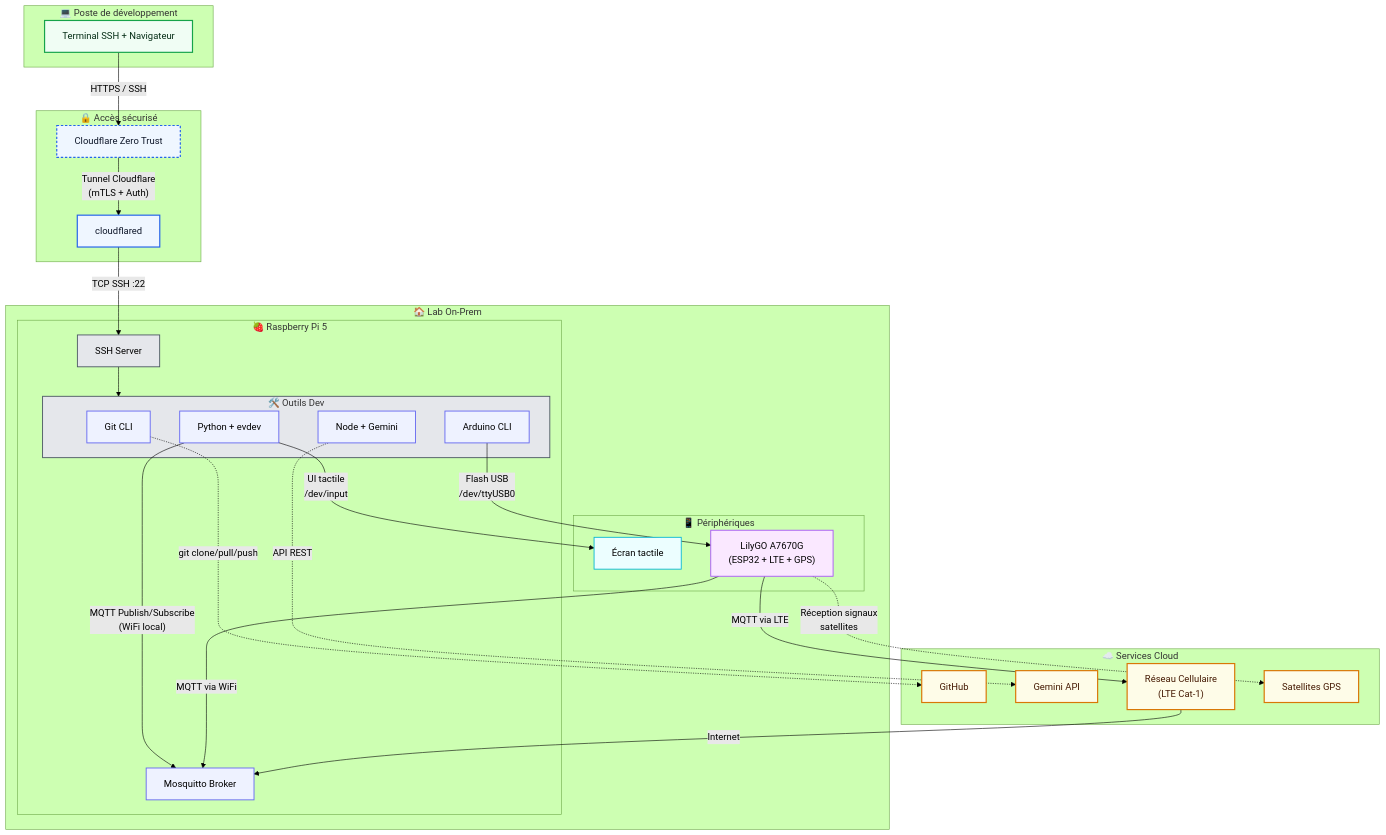
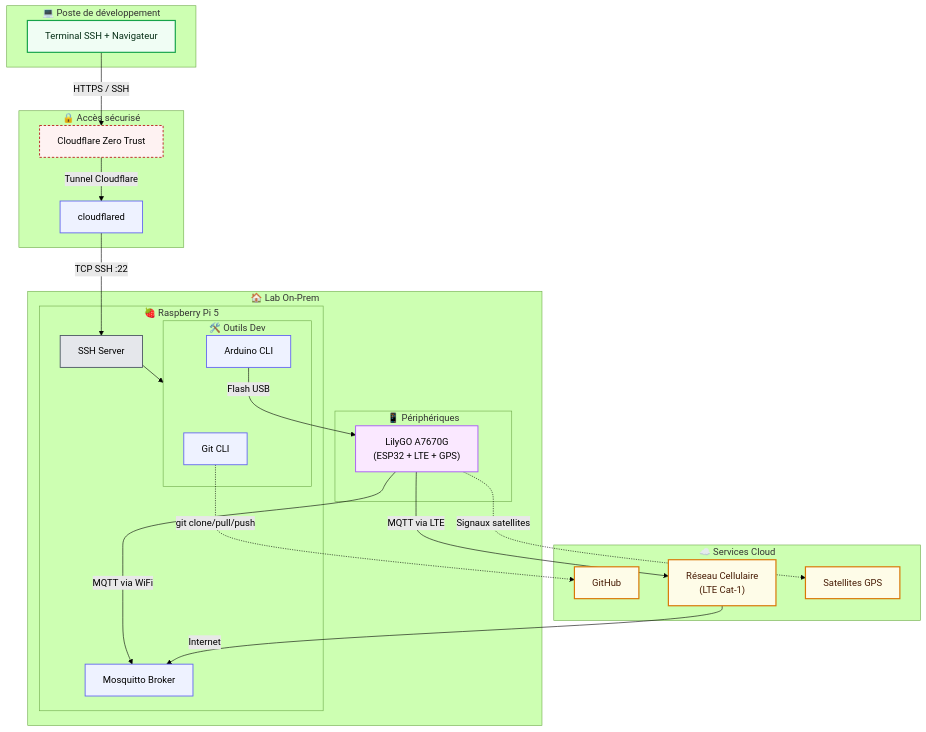
The diagram in labo2/Labo2-communication-sans-fil-MQTT-LTE.md (fpoisson2/243-4J5-LI), drawn with Mermaid (forest theme) before and after one commit. The commit also changed other lines of this file and 4 other files, not shown here.

````diff
--- a/labo2/Labo2-communication-sans-fil-MQTT-LTE.md
+++ b/labo2/Labo2-communication-sans-fil-MQTT-LTE.md
@@ -39,14 +39,11 @@
 
             subgraph Dev_Stack ["🛠️ Outils Dev"]
                 Git_CLI["Git CLI"]:::componentService
-                Node_Gemini["Node + Gemini"]:::componentService
-                Python_Env["Python + evdev"]:::componentService
                 Arduino_CLI["Arduino CLI"]:::componentService
             end
         end
 
         subgraph Lab_Devices ["📱 Périphériques"]
-            Touchscreen["Écran tactile"]:::componentDevice
             LilyGO_A7670G["LilyGO A7670G<br/>(ESP32 + LTE + GPS)"]:::wireless
         end
     end
@@ -54,45 +51,22 @@
     %% ==== ZONE CLOUD / SAAS ====
     subgraph Zone_Cloud ["☁️ Services Cloud"]
         GitHub_SaaS["GitHub"]:::zoneCloud
-        Gemini_API["Gemini API"]:::zoneCloud
         Cellular_Network["Réseau Cellulaire<br/>(LTE Cat-1)"]:::zoneCloud
         GPS_Satellites["Satellites GPS"]:::zoneCloud
     end
 
     %% ==== FLUX PRINCIPAUX ====
-
-    %% 1. ACCÈS DISTANT (vertical)
     Dev_PC -->|"HTTPS / SSH"| CF_ZT
-    CF_ZT -->|"Tunnel Cloudflare<br/>(mTLS + Auth)"| CF_Tunnel
+    CF_ZT -->|"Tunnel Cloudflare"| CF_Tunnel
     CF_Tunnel -->|"TCP SSH :22"| SSHD
     SSHD --> Dev_Stack
 
-    %% 2. DEV & GESTION DE CODE
     Git_CLI -.->|"git clone/pull/push"| GitHub_SaaS
 
-    %% 3. APPELS IA
-    Node_Gemini -.->|"API REST"| Gemini_API
-
-    %% 4. COMMUNICATION MQTT
-    Python_Env -->|"MQTT Publish/Subscribe<br/>(WiFi local)"| MQTT_Broker
     LilyGO_A7670G -->|"MQTT via WiFi"| MQTT_Broker
     LilyGO_A7670G -->|"MQTT via LTE"| Cellular_Network
     Cellular_Network -->|"Internet"| MQTT_Broker
 
-    %% 5. PROGRAMMATION ET MONITORING
-    Arduino_CLI -->|"Flash USB<br/>/dev/ttyUSB0"| LilyGO_A7670G
-
-    %% 6. INTERACTIONS TACTILES
-    Python_Env -->|"UI tactile<br/>/dev/input"| Touchscreen
-
-    %% 7. GPS
-    LilyGO_A7670G -.->|"Réception signaux<br/>satellites"| GPS_Satellites
-
-    %% ==== CLASS ZONES ====
-    class Dev_PC zoneClient;
-    class CF_ZT,CF_Tunnel zoneAccess;
-    class SSHD,Dev_Stack componentCore;
-    class Touchscreen componentDevice;
-    class LilyGO_A7670G wireless;
-    class GitHub_SaaS,Gemini_API,Cellular_Network,GPS_Satellites zoneCloud;
+    Arduino_CLI -->|"Flash USB"| LilyGO_A7670G
+    LilyGO_A7670G -.->|"Signaux satellites"| GPS_Satellites
 ```
````
